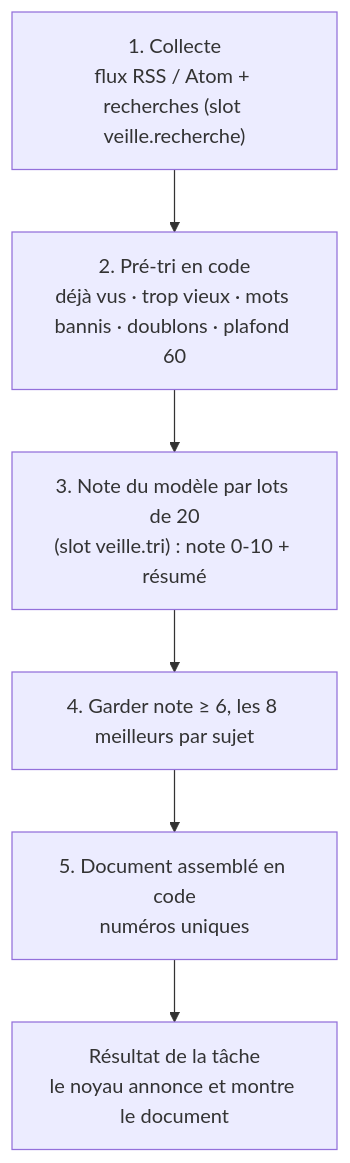
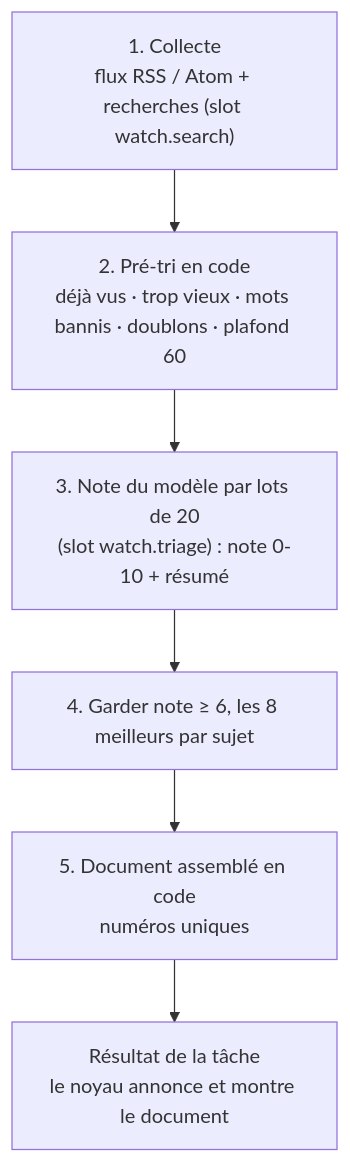
Before and after one commit to gleborgne/floppy: the diagram in docs/spec/veille.md, drawn with Mermaid. The commit also changed other lines of this file and 162 other files, not shown here.

````diff
--- a/docs/spec/veille.md
+++ b/docs/spec/veille.md
@@ -15,8 +15,8 @@
 ```mermaid
 flowchart TB
-  C["1. Collecte<br/>flux RSS / Atom + recherches (slot veille.recherche)"] --> P
+  C["1. Collecte<br/>flux RSS / Atom + recherches (slot watch.search)"] --> P
   P["2. Pré-tri en code<br/>déjà vus · trop vieux · mots bannis · doublons · plafond 60"] --> L
-  L["3. Note du modèle par lots de 20<br/>(slot veille.tri) : note 0-10 + résumé"] --> S
+  L["3. Note du modèle par lots de 20<br/>(slot watch.triage) : note 0-10 + résumé"] --> S
   S["4. Garder note ≥ 6, les 8 meilleurs par sujet"] --> M
   M["5. Document assemblé en code<br/>numéros uniques"] --> R["Résultat de la tâche<br/>le noyau annonce et montre le document"]
 ```
````
